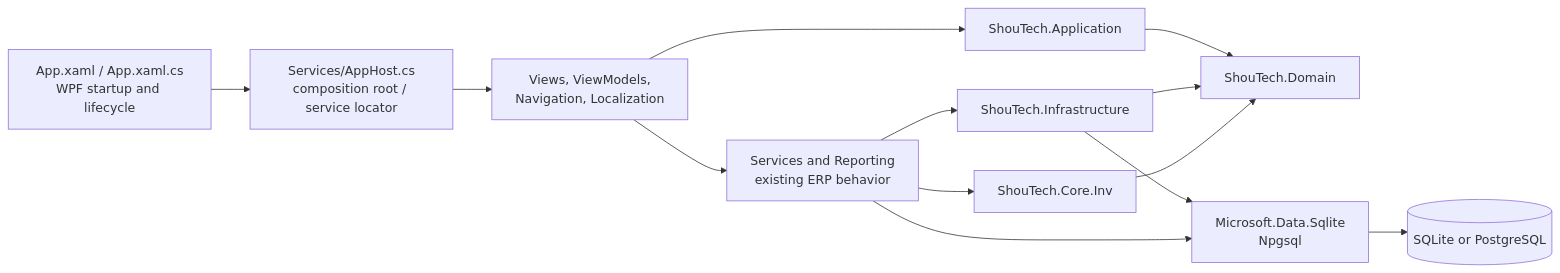
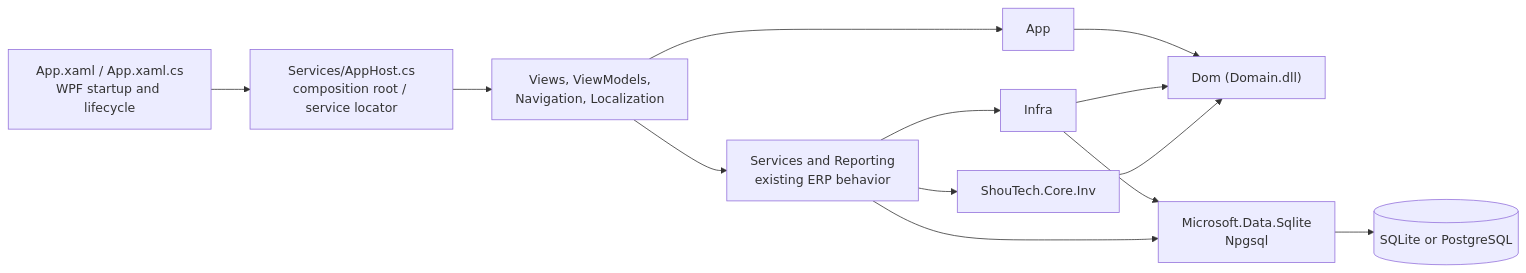
Before and after one commit to Roni4422/ShouTech: the third of 4 diagrams in docs/ARCHITECTURE.md, drawn with Mermaid. The commit also changed other lines of this file, not shown here.

Commit message:
Align architecture guide with canonical root project names

````diff
--- a/docs/ARCHITECTURE.md
+++ b/docs/ARCHITECTURE.md
@@ -65,26 +65,26 @@
 ```mermaid
 flowchart LR
     Startup["App.xaml / App.xaml.cs<br/>WPF startup and lifecycle"]
     Host["Services/AppHost.cs<br/>composition root / service locator"]
     UI["Views, ViewModels,<br/>Navigation, Localization"]
     LegacyServices["Services and Reporting<br/>existing ERP behavior"]
-    Application["ShouTech.Application"]
-    Domain["ShouTech.Domain"]
-    Infrastructure["ShouTech.Infrastructure"]
+    Application["App"]
+    Domain["Dom (Domain.dll)"]
+    Infrastructure["Infra"]
     Inventory["ShouTech.Core.Inv"]
     Providers["Microsoft.Data.Sqlite<br/>Npgsql"]
     DB[(SQLite or PostgreSQL)]
 
     Startup --> Host
     Host --> UI
     UI --> LegacyServices
     UI --> Application
     Application --> Domain
     LegacyServices --> Inventory
     LegacyServices --> Infrastructure
     Infrastructure --> Domain
     Infrastructure --> Providers
     Inventory --> Domain
     LegacyServices --> Providers
     Providers --> DB
 ```
````
